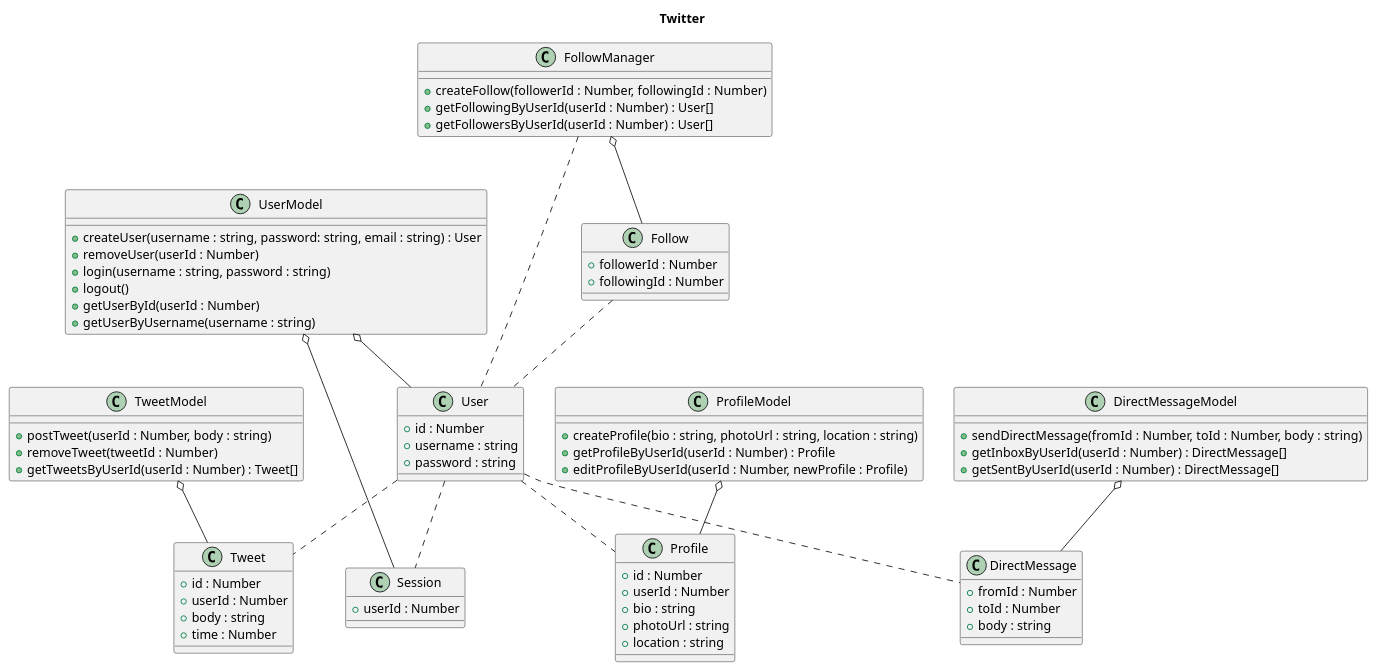
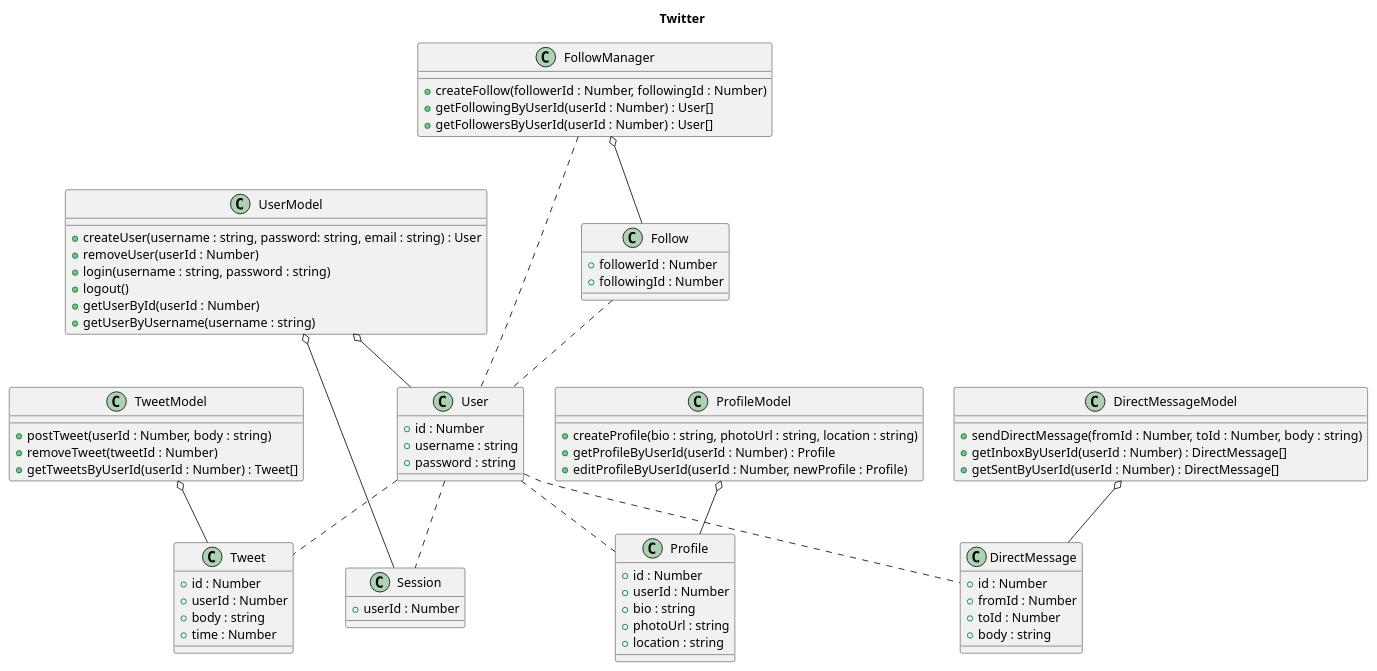
Before and after one commit to tart-summer-camp-2011/fe201: the diagram in model/classDiagram.plantuml, drawn with PlantUML. The commit also changed 1 other file, not shown here.

Commit message:
updated class diagram and added id to DirectMessage class

```diff
--- a/model/classDiagram.plantuml
+++ b/model/classDiagram.plantuml
@@ -1,85 +1,86 @@
 @startuml
 title Twitter
 
 class User {
 	+ id : Number
 	+ username : string
 	+ password : string
 }
 
 class Tweet {
 	+ id : Number
 	+ userId : Number
 	+ body : string
 	+ time : Number
 }
 
 class UserModel {
 	+ createUser(username : string, password: string, email : string) : User
 	+ removeUser(userId : Number)
 	+ login(username : string, password : string)
 	+ logout()
 	+ getUserById(userId : Number)
 	+ getUserByUsername(username : string)
 }
 
 class Session {
 	+ userId : Number
 }
 
 class FollowManager {
 	+ createFollow(followerId : Number, followingId : Number)
 	+ getFollowingByUserId(userId : Number) : User[]
 	+ getFollowersByUserId(userId : Number) : User[]
 }
 
 class Profile {
 	+ id : Number
 	+ userId : Number
 	+ bio : string
 	+ photoUrl : string
 	+ location : string
 }
 
 class ProfileModel {
 	+ createProfile(bio : string, photoUrl : string, location : string)
 	+ getProfileByUserId(userId : Number) : Profile
 	+ editProfileByUserId(userId : Number, newProfile : Profile)
 }
 
 class TweetModel {
 	+ postTweet(userId : Number, body : string)
 	+ removeTweet(tweetId : Number)
 	+ getTweetsByUserId(userId : Number) : Tweet[]
 }
 
 class DirectMessage {
+	+ id : Number
 	+ fromId : Number
 	+ toId : Number
 	+ body : string
 }
 
 class DirectMessageModel {
 	+ sendDirectMessage(fromId : Number, toId : Number, body : string)
 	+ getInboxByUserId(userId : Number) : DirectMessage[]
 	+ getSentByUserId(userId : Number) : DirectMessage[]
 }
 
 class Follow {
 	+ followerId : Number
 	+ followingId : Number
 }
 
 UserModel o-- User
 UserModel o-- Session
 DirectMessageModel o-- DirectMessage
 ProfileModel o-- Profile
 TweetModel o-- Tweet
 FollowManager o-- Follow
 User .. Session
 User .. Tweet
 User .. Profile
 User .. DirectMessage
 Follow .. User
 FollowManager .. User
 @enduml
```
